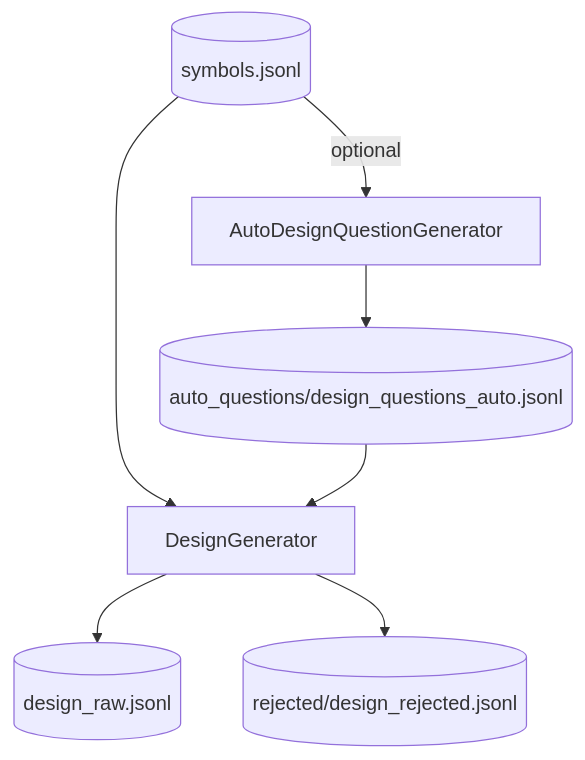
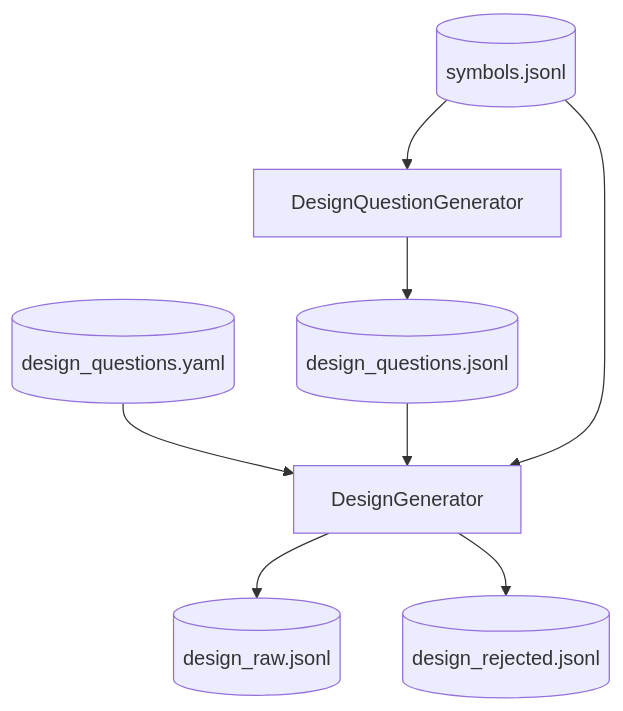
The diagram in docs/pipeline/04-design-generation-step.md (FlutteryEmbers/intelligent_code), drawn with Mermaid before and after one commit. The commit also changed other lines of this file and 37 other files, not shown here.

````diff
--- a/docs/pipeline/04-design-generation-step.md
+++ b/docs/pipeline/04-design-generation-step.md
@@ -50,9 +40,10 @@
 ```mermaid
 flowchart TD
-  S[(symbols.jsonl)] -->|optional| R[AutoDesignQuestionGenerator]
-  R --> RA[(auto_questions/design_questions_auto.jsonl)]
-  S --> D[DesignGenerator]
-  RA --> D
-  D --> O[(design_raw.jsonl)]
-  D --> X[(rejected/design_rejected.jsonl)]
+  S[(symbols.jsonl)] --> QG[DesignQuestionGenerator]
+  QG --> Q[(design_questions.jsonl)]
+  U[(design_questions.yaml)] --> DG[DesignGenerator]
+  Q --> DG
+  S --> DG
+  DG --> O[(design_raw.jsonl)]
+  DG --> R[(design_rejected.jsonl)]
 ```
````
